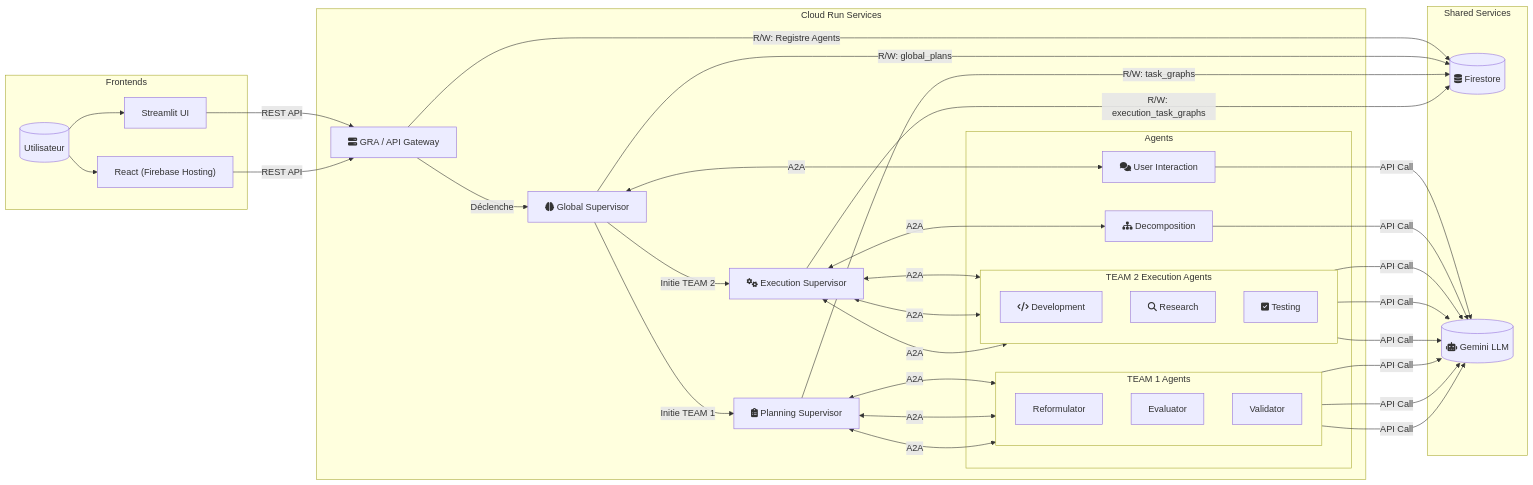
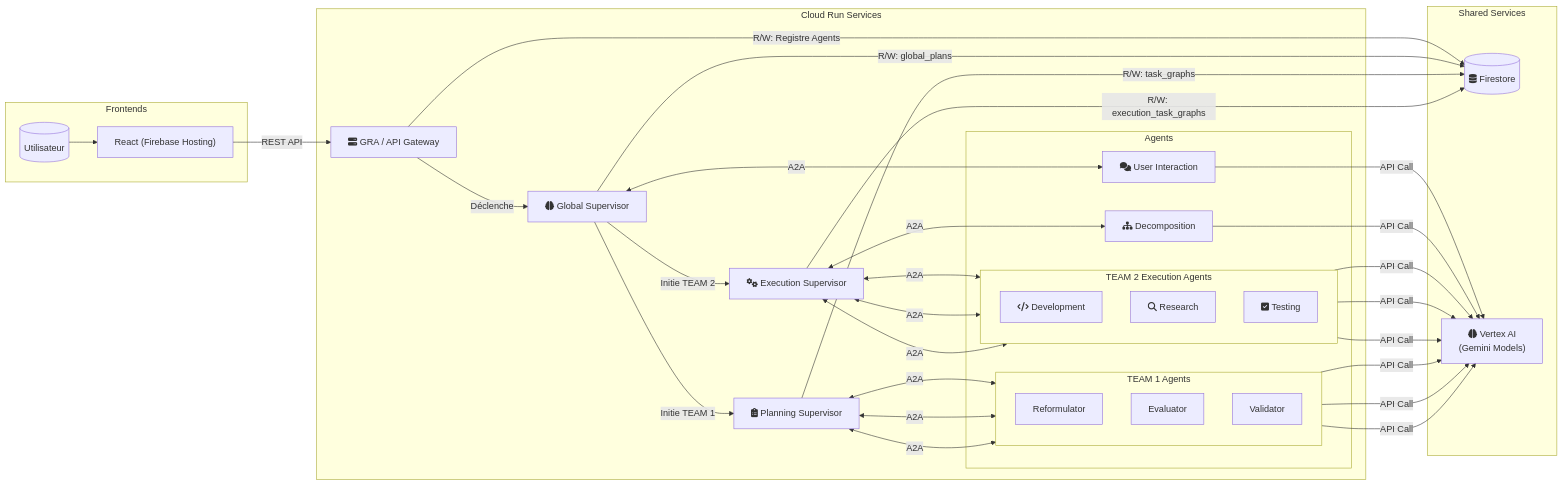
One commit to etiennerev1222/orchestrai-hackathon-ADK changed the second of 2 diagrams in README.md. Above: the diagram before and after it, drawn with Mermaid. The commit also changed other lines of this file, not shown here.

````diff
--- a/README.md
+++ b/README.md
@@ -138,81 +85,74 @@
 ```mermaid
 graph LR
     %% --- FRONTENDS ---
     subgraph "Frontends"
         User[(Utilisateur)]
-        StreamlitUI[Streamlit UI]
         ReactUI["React (Firebase Hosting)"]
-        User --> StreamlitUI
         User --> ReactUI
     end
 
     %% --- BACKEND sur Cloud Run ---
     subgraph "Cloud Run Services"
         GRA[fa:fa-server GRA / API Gateway]
         GlobalSupervisor[fa:fa-brain Global Supervisor]
         PlanningSupervisor[fa:fa-clipboard-list Planning Supervisor]
         ExecutionSupervisor[fa:fa-cogs Execution Supervisor]
 
         subgraph "Agents"
             UserInteractionAgent[fa:fa-comments User Interaction]
             DecompositionAgent[fa:fa-sitemap Decomposition]
 
             subgraph "TEAM 1 Agents"
                 direction TB
                 Reformulator
                 Evaluator
                 Validator
             end
 
             subgraph "TEAM 2 Execution Agents"
                 direction TB
                 DevelopmentAgent[fa:fa-code Development]
                 ResearchAgent[fa:fa-search Research]
                 TestingAgent[fa:fa-check-square Testing]
             end
         end
     end
 
     %% --- SERVICES PARTAGES ---
     subgraph "Shared Services"
         Firestore[(fa:fa-database Firestore)]
-        GeminiLLM[(fa:fa-robot Gemini LLM)]
+        VertexAI["fa:fa-brain Vertex AI\n(Gemini Models)"]
     end
 
     %% --- FLOW & INTERACTIONS ---
-
-    %% User Flow
-    StreamlitUI -- "REST API" --> GRA
     ReactUI -- "REST API" --> GRA
-
-    %% Orchestration Flow
     GRA -- "Déclenche" --> GlobalSupervisor
     GlobalSupervisor -- "Initie TEAM 1" --> PlanningSupervisor
     GlobalSupervisor -- "Initie TEAM 2" --> ExecutionSupervisor
-
-    %% Supervisor <-> Agent Communication
+    
+    %% Agent Communications
     GlobalSupervisor <--> |"A2A"| UserInteractionAgent
     PlanningSupervisor <--> |"A2A"| Reformulator
     PlanningSupervisor <--> |"A2A"| Evaluator
     PlanningSupervisor <--> |"A2A"| Validator
     ExecutionSupervisor <--> |"A2A"| DecompositionAgent
     ExecutionSupervisor <--> |"A2A"| DevelopmentAgent
     ExecutionSupervisor <--> |"A2A"| ResearchAgent
     ExecutionSupervisor <--> |"A2A"| TestingAgent
 
     %% Database Connections
     GRA -- "R/W: Registre Agents" --> Firestore
     GlobalSupervisor -- "R/W: global_plans" --> Firestore
     PlanningSupervisor -- "R/W: task_graphs" --> Firestore
     ExecutionSupervisor -- "R/W: execution_task_graphs" --> Firestore
 
     %% LLM Connections
-    UserInteractionAgent -- "API Call" --> GeminiLLM
-    Reformulator -- "API Call" --> GeminiLLM
-    Evaluator -- "API Call" --> GeminiLLM
-    Validator -- "API Call" --> GeminiLLM
-    DecompositionAgent -- "API Call" --> GeminiLLM
-    DevelopmentAgent -- "API Call" --> GeminiLLM
-    ResearchAgent -- "API Call" --> GeminiLLM
-    TestingAgent -- "API Call" --> GeminiLLM
+    UserInteractionAgent -- "API Call" --> VertexAI
+    Reformulator -- "API Call" --> VertexAI
+    Evaluator -- "API Call" --> VertexAI
+    Validator -- "API Call" --> VertexAI
+    DecompositionAgent -- "API Call" --> VertexAI
+    DevelopmentAgent -- "API Call" --> VertexAI
+    ResearchAgent -- "API Call" --> VertexAI
+    TestingAgent -- "API Call" --> VertexAI
 ```
````
